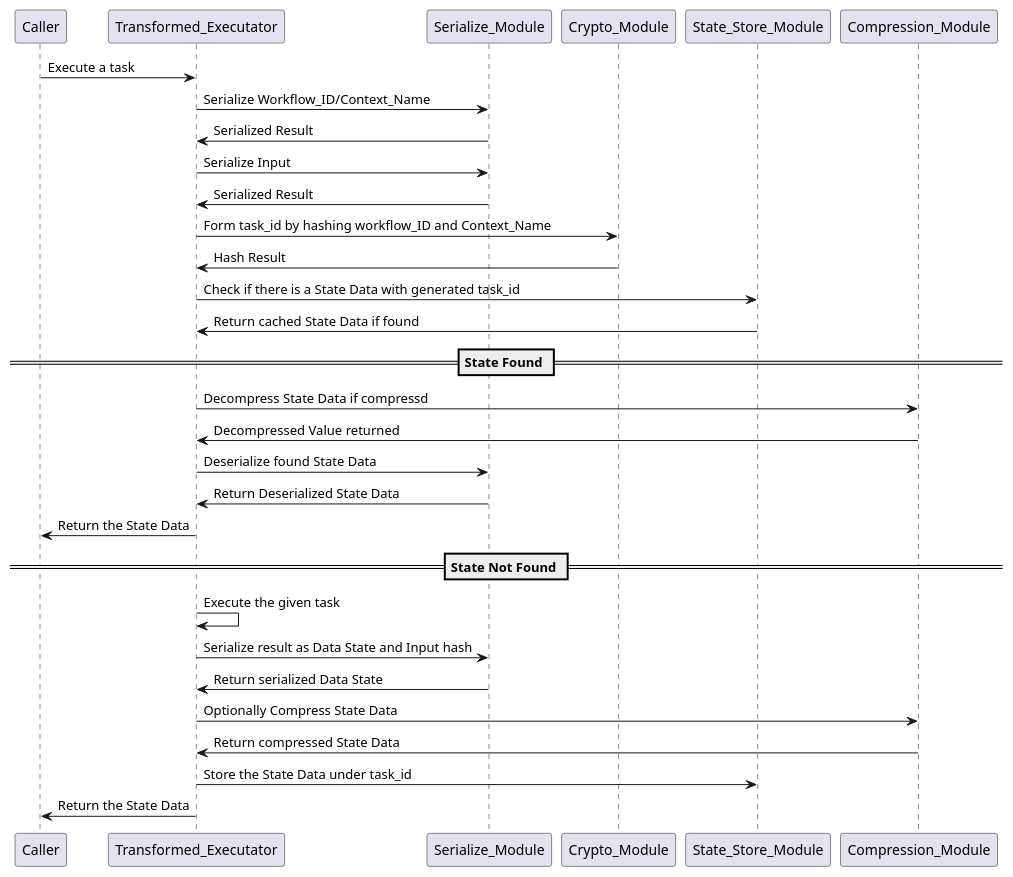
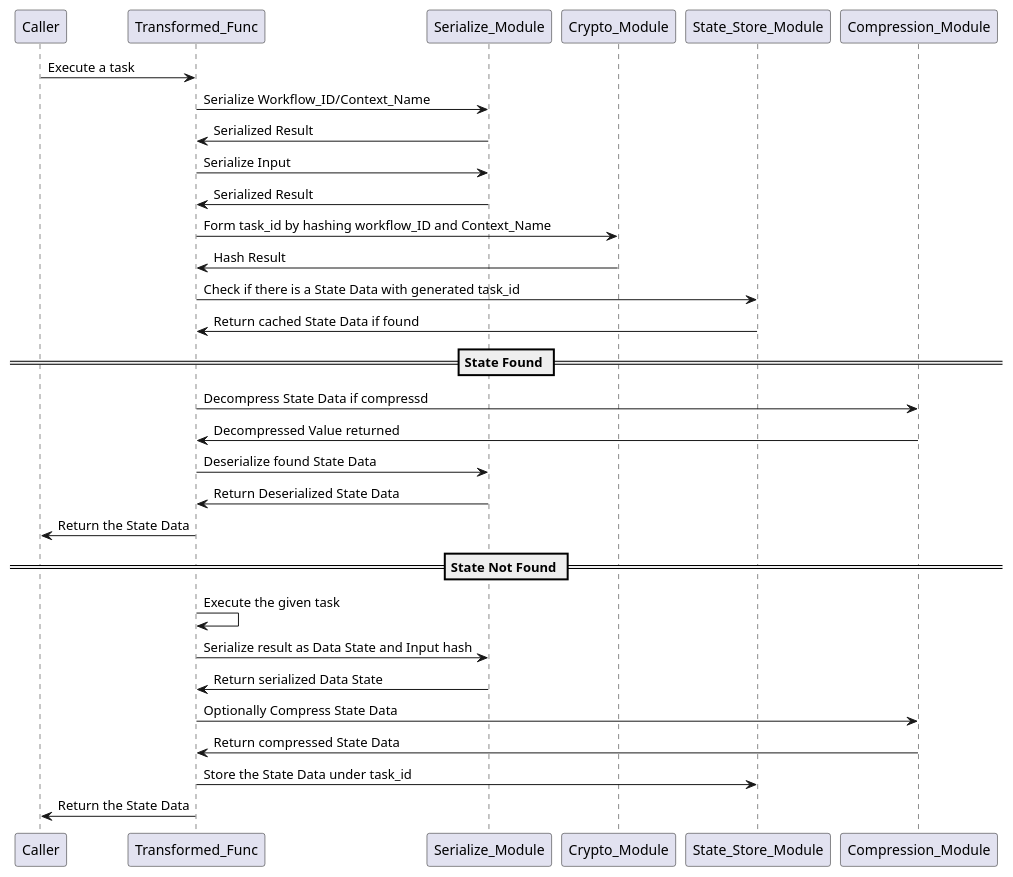
Before and after one commit to mojtaba-motevali/idempotent-transformer: the diagram in packages/core/idempotent-transformer-executor.wsd, drawn with PlantUML.

Commit message:
core(docs): Update docs

```diff
--- a/packages/core/idempotent-transformer-executor.wsd
+++ b/packages/core/idempotent-transformer-executor.wsd
@@ -1,46 +1,46 @@
 @startuml
 
-Caller -> Transformed_Executator: Execute a task
+Caller -> Transformed_Func: Execute a task
 
-Transformed_Executator -> Serialize_Module: Serialize Workflow_ID/Context_Name
-Serialize_Module -> Transformed_Executator: Serialized Result
+Transformed_Func -> Serialize_Module: Serialize Workflow_ID/Context_Name
+Serialize_Module -> Transformed_Func: Serialized Result
 
-Transformed_Executator -> Serialize_Module: Serialize Input
-Serialize_Module -> Transformed_Executator: Serialized Result
+Transformed_Func -> Serialize_Module: Serialize Input
+Serialize_Module -> Transformed_Func: Serialized Result
 
 
-Transformed_Executator -> Crypto_Module: Form task_id by hashing workflow_ID and Context_Name
-Crypto_Module -> Transformed_Executator: Hash Result
+Transformed_Func -> Crypto_Module: Form task_id by hashing workflow_ID and Context_Name
+Crypto_Module -> Transformed_Func: Hash Result
 
 
 
-Transformed_Executator -> State_Store_Module: Check if there is a State Data with generated task_id 
-State_Store_Module -> Transformed_Executator: Return cached State Data if found
+Transformed_Func -> State_Store_Module: Check if there is a State Data with generated task_id 
+State_Store_Module -> Transformed_Func: Return cached State Data if found
 
 == State Found ==
 
-Transformed_Executator -> Compression_Module: Decompress State Data if compressd
-Compression_Module -> Transformed_Executator: Decompressed Value returned
+Transformed_Func -> Compression_Module: Decompress State Data if compressd
+Compression_Module -> Transformed_Func: Decompressed Value returned
 
-Transformed_Executator -> Serialize_Module: Deserialize found State Data
-Serialize_Module -> Transformed_Executator: Return Deserialized State Data
-Transformed_Executator -> Caller: Return the State Data
+Transformed_Func -> Serialize_Module: Deserialize found State Data
+Serialize_Module -> Transformed_Func: Return Deserialized State Data
+Transformed_Func -> Caller: Return the State Data
 
 == State Not Found ==
 
-Transformed_Executator -> Transformed_Executator: Execute the given task
+Transformed_Func -> Transformed_Func: Execute the given task
 
-Transformed_Executator -> Serialize_Module: Serialize result as Data State and Input hash
+Transformed_Func -> Serialize_Module: Serialize result as Data State and Input hash
 
-Serialize_Module -> Transformed_Executator: Return serialized Data State
+Serialize_Module -> Transformed_Func: Return serialized Data State
 
-Transformed_Executator -> Compression_Module: Optionally Compress State Data 
+Transformed_Func -> Compression_Module: Optionally Compress State Data 
 
-Compression_Module -> Transformed_Executator: Return compressed State Data 
+Compression_Module -> Transformed_Func: Return compressed State Data 
 
-Transformed_Executator -> State_Store_Module: Store the State Data under task_id 
+Transformed_Func -> State_Store_Module: Store the State Data under task_id 
 
-Transformed_Executator -> Caller: Return the State Data
+Transformed_Func -> Caller: Return the State Data
 
 
 @enduml
```
